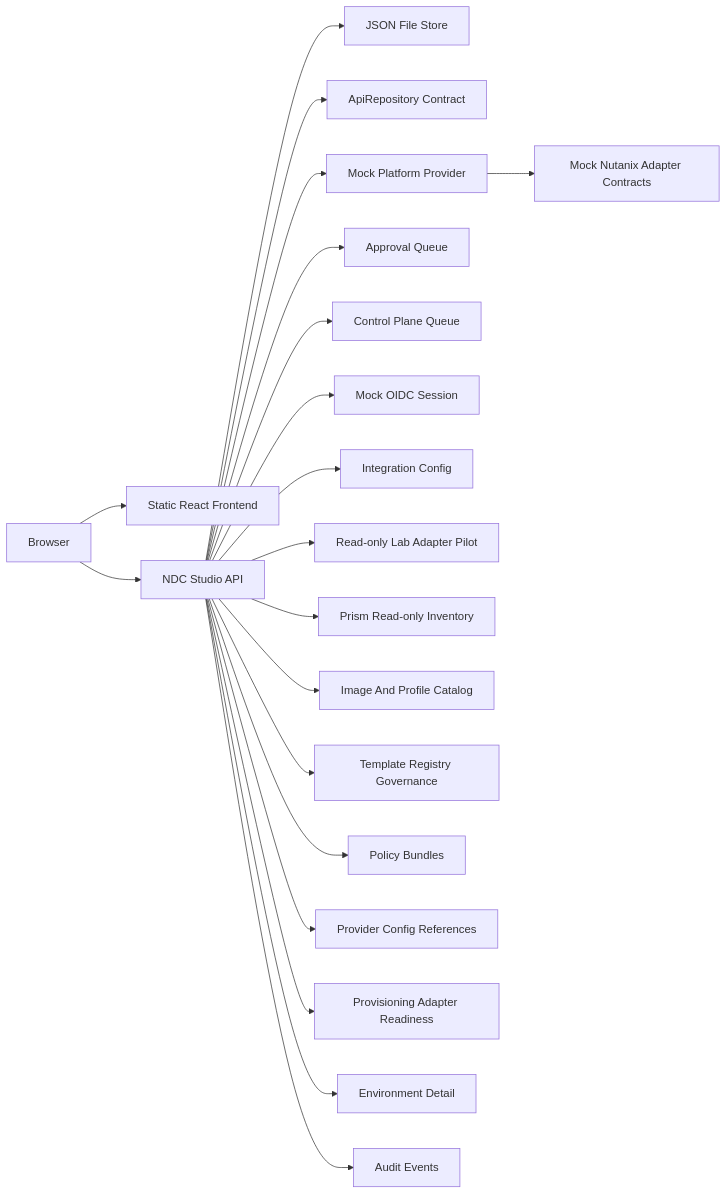
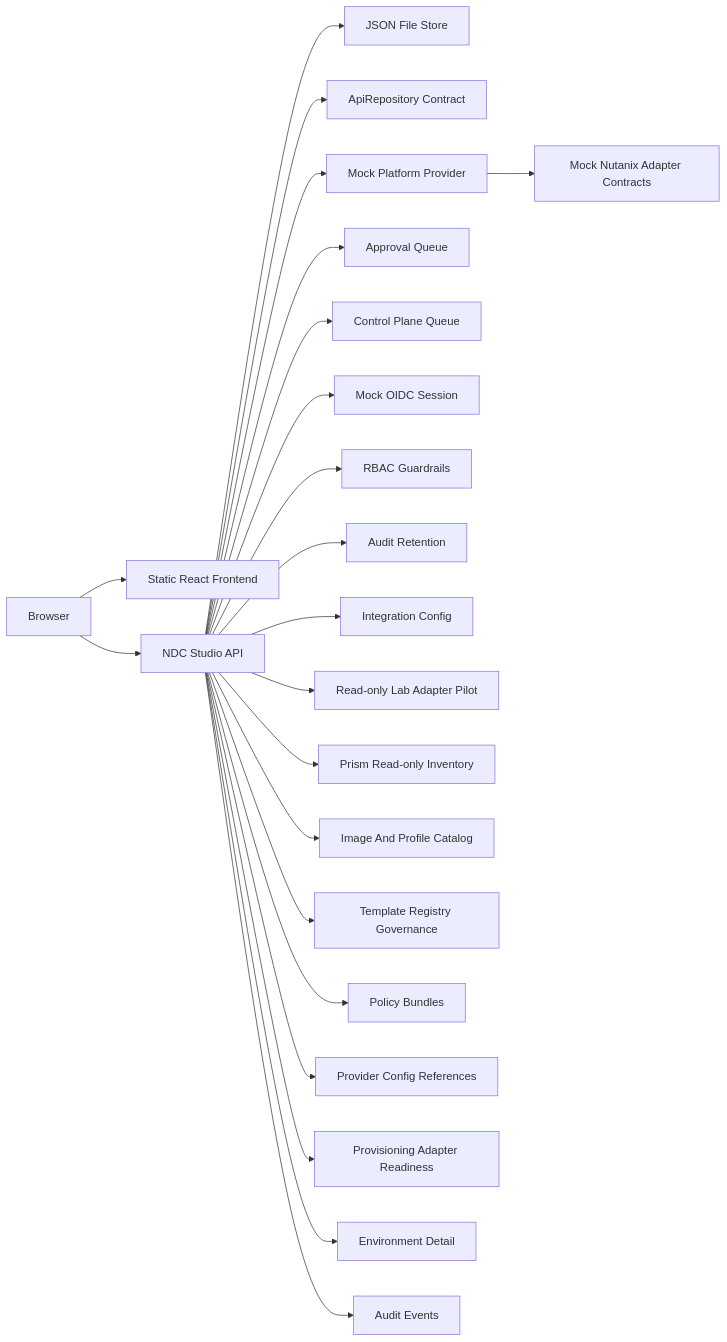
One commit to VirtuArchitect/nutanix-developer-cloud-studio changed the second of 2 diagrams in docs/architecture.md. Above: the diagram before and after it, drawn with Mermaid. The commit also changed other lines of this file and 21 other files, not shown here.

````diff
--- a/docs/architecture.md
+++ b/docs/architecture.md
@@ -21,22 +21,24 @@
 ```mermaid
 flowchart LR
     Browser["Browser"] --> Web["Static React Frontend"]
     Browser --> Api["NDC Studio API"]
     Api --> Store["JSON File Store"]
     Api --> Repo["ApiRepository Contract"]
     Api --> Provider["Mock Platform Provider"]
     Provider --> Adapters["Mock Nutanix Adapter Contracts"]
     Api --> Approvals["Approval Queue"]
     Api --> Queue["Control Plane Queue"]
     Api --> Identity["Mock OIDC Session"]
+    Api --> Rbac["RBAC Guardrails"]
+    Api --> AuditRetention["Audit Retention"]
     Api --> Config["Integration Config"]
     Api --> LabAdapters["Read-only Lab Adapter Pilot"]
     Api --> PrismInventory["Prism Read-only Inventory"]
     Api --> Inventory["Image And Profile Catalog"]
     Api --> Registry["Template Registry Governance"]
     Api --> Bundles["Policy Bundles"]
     Api --> ProviderConfig["Provider Config References"]
     Api --> AdapterReadiness["Provisioning Adapter Readiness"]
     Api --> Details["Environment Detail"]
     Api --> Audit["Audit Events"]
 ```
````
